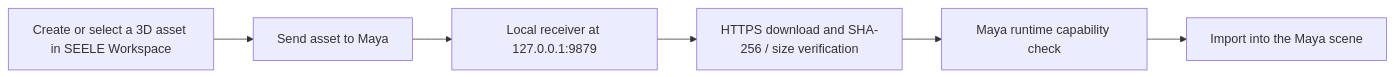
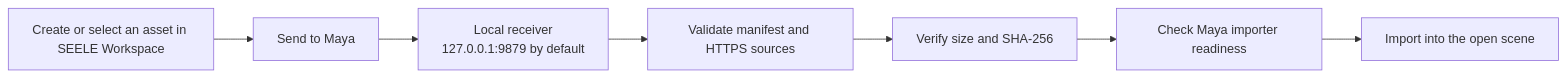
The diagram in README.md (SeeleAI/seele-maya-addon), drawn with Mermaid before and after one commit. The commit also changed other lines of this file, not shown here.

Commit message:
docs: align Maya README presentation

````diff
--- a/README.md
+++ b/README.md
@@ -70,11 +96,12 @@
 ```mermaid
 flowchart LR
-    A[Create or select a 3D asset in SEELE Workspace]
-    B[Send asset to Maya]
-    C[Local receiver at 127.0.0.1:9879]
-    D[HTTPS download and SHA-256 / size verification]
-    E[Maya runtime capability check]
-    F[Import into the Maya scene]
+    A[Create or select an asset in SEELE Workspace]
+    B[Send to Maya]
+    C[Local receiver<br/>127.0.0.1:9879 by default]
+    D[Validate manifest and HTTPS sources]
+    E[Verify size and SHA-256]
+    F[Check Maya importer readiness]
+    G[Import into the open scene]
 
-    A --> B --> C --> D --> E --> F
+    A --> B --> C --> D --> E --> F --> G
 ```
````
